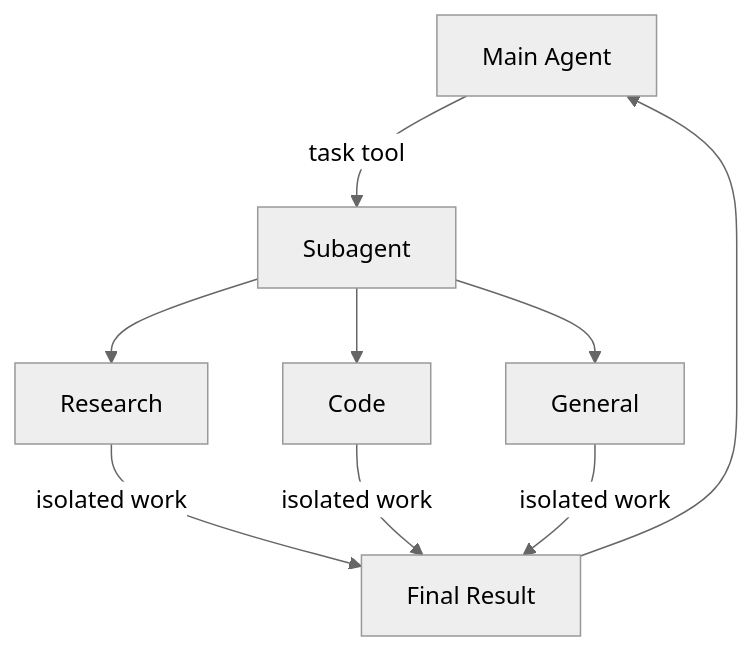
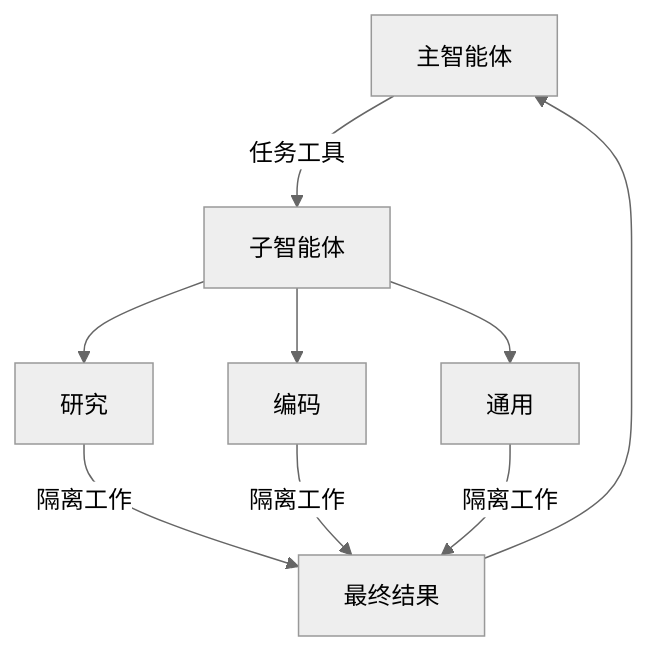
The diagram in oss/javascript/deepagents/subagents.mdx (kunfan96/cndocs-langchain), drawn with Mermaid (neutral theme) before and after one commit. The commit also changed other lines of this file and 288 other files, not shown here.

````diff
--- a/oss/javascript/deepagents/subagents.mdx
+++ b/oss/javascript/deepagents/subagents.mdx
@@ -10,14 +10,14 @@
 ```mermaid
 graph TB
-    Main[Main Agent] --> |task tool| Sub[Subagent]
+    Main[主智能体] --> |任务工具| Sub[子智能体]
 
-    Sub --> Research[Research]
-    Sub --> Code[Code]
-    Sub --> General[General]
+    Sub --> Research[研究]
+    Sub --> Code[编码]
+    Sub --> General[通用]
 
-    Research --> |isolated work| Result[Final Result]
-    Code --> |isolated work| Result
-    General --> |isolated work| Result
+    Research --> |隔离工作| Result[最终结果]
+    Code --> |隔离工作| Result
+    General --> |隔离工作| Result
 
     Result --> Main
 ```
````
